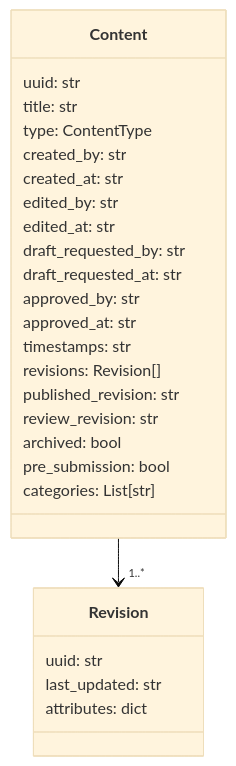
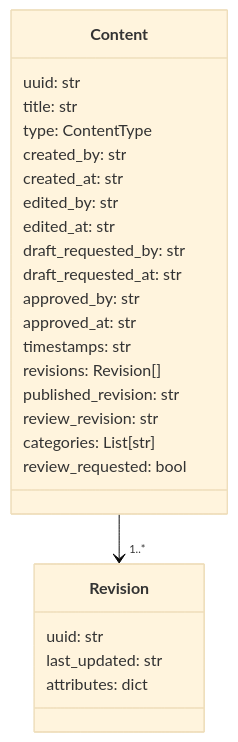
The diagram in docs/DataStructure.md (tng-coop/CmsWorkflow), drawn with Mermaid (base theme) before and after one commit. The commit also changed other lines of this file and 5 other files, not shown here.

````diff
--- a/docs/DataStructure.md
+++ b/docs/DataStructure.md
@@ -9,29 +9,28 @@
 ```mermaid
 classDiagram
     class Content {
         uuid: str
         title: str
         type: ContentType
         created_by: str
         created_at: str
         edited_by: str
         edited_at: str
         draft_requested_by: str
         draft_requested_at: str
         approved_by: str
         approved_at: str
         timestamps: str
         revisions: Revision[]
         published_revision: str
         review_revision: str
-        archived: bool
-        pre_submission: bool
         categories: List[str]
+        review_requested: bool
     }
     class Revision {
         uuid: str
         last_updated: str
         attributes: dict
     }
     Content --> "1..*" Revision
 ```
````
